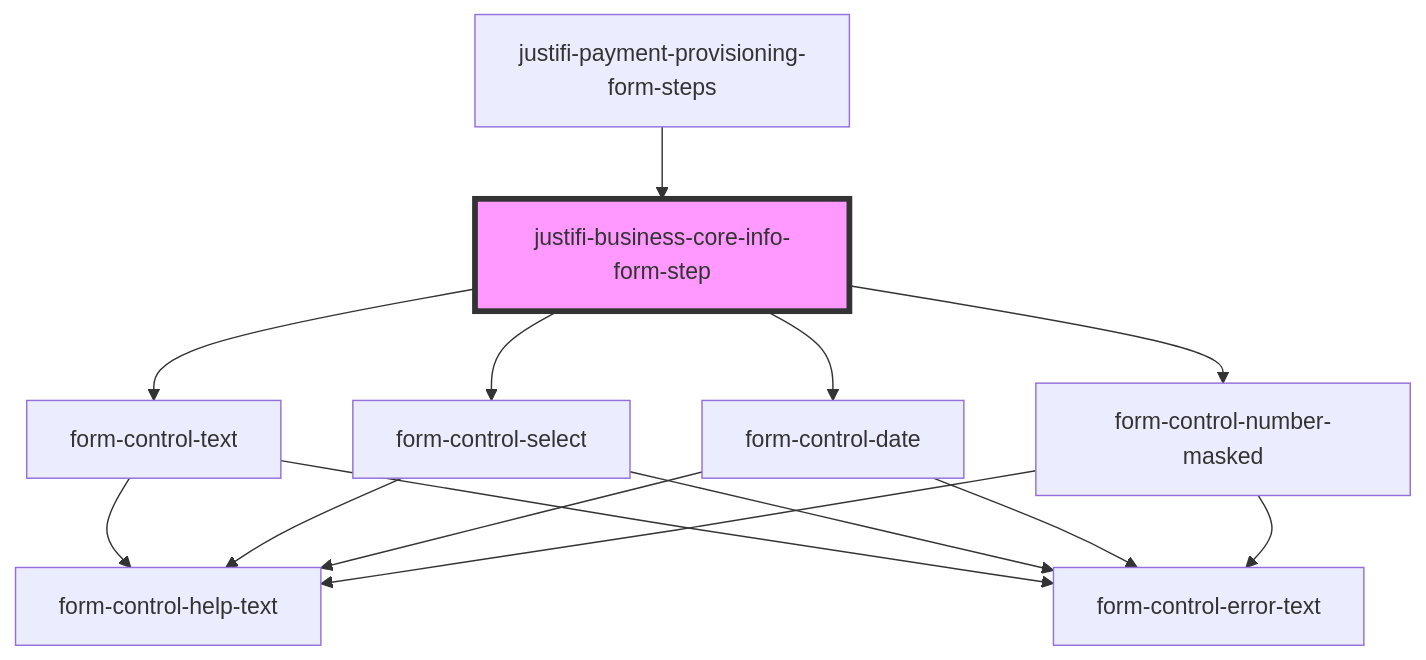
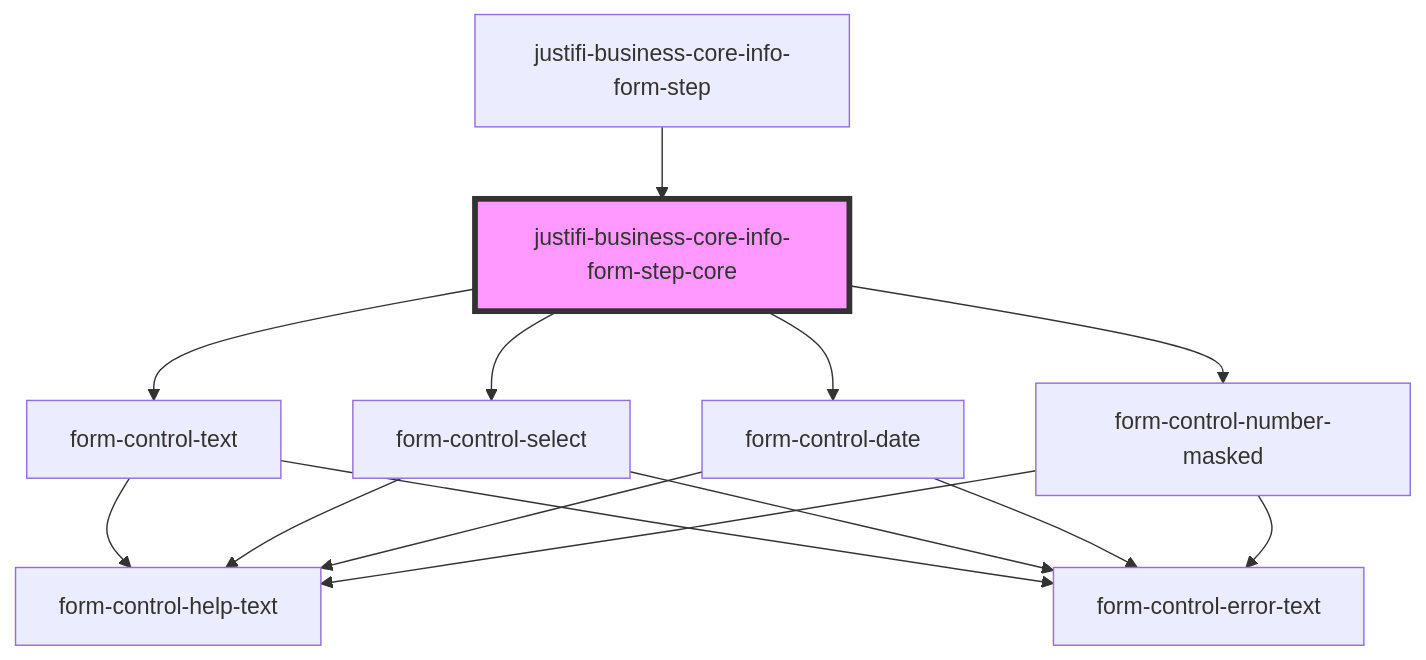
The diagram in packages/webcomponents/src/components/business-forms/payment-provisioning/business-core-info/readme.md (justifi-tech/web-component-library), drawn with Mermaid before and after one commit. The commit also changed other lines of this file and 2 other files, not shown here.

````diff
--- a/packages/webcomponents/src/components/business-forms/payment-provisioning/business-core-info/readme.md
+++ b/packages/webcomponents/src/components/business-forms/payment-provisioning/business-core-info/readme.md
@@ -65,17 +61,17 @@
 ```mermaid
 graph TD;
-  justifi-business-core-info-form-step --> form-control-text
-  justifi-business-core-info-form-step --> form-control-select
-  justifi-business-core-info-form-step --> form-control-date
-  justifi-business-core-info-form-step --> form-control-number-masked
+  justifi-business-core-info-form-step-core --> form-control-text
+  justifi-business-core-info-form-step-core --> form-control-select
+  justifi-business-core-info-form-step-core --> form-control-date
+  justifi-business-core-info-form-step-core --> form-control-number-masked
   form-control-text --> form-control-help-text
   form-control-text --> form-control-error-text
   form-control-select --> form-control-help-text
   form-control-select --> form-control-error-text
   form-control-date --> form-control-help-text
   form-control-date --> form-control-error-text
   form-control-number-masked --> form-control-help-text
   form-control-number-masked --> form-control-error-text
-  justifi-payment-provisioning-form-steps --> justifi-business-core-info-form-step
-  style justifi-business-core-info-form-step fill:#f9f,stroke:#333,stroke-width:4px
+  justifi-business-core-info-form-step --> justifi-business-core-info-form-step-core
+  style justifi-business-core-info-form-step-core fill:#f9f,stroke:#333,stroke-width:4px
 ```
````
